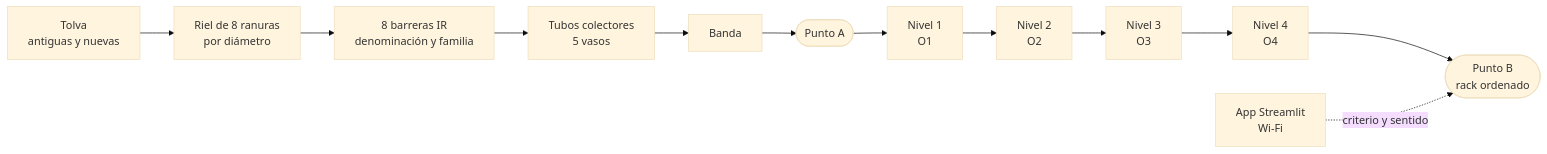
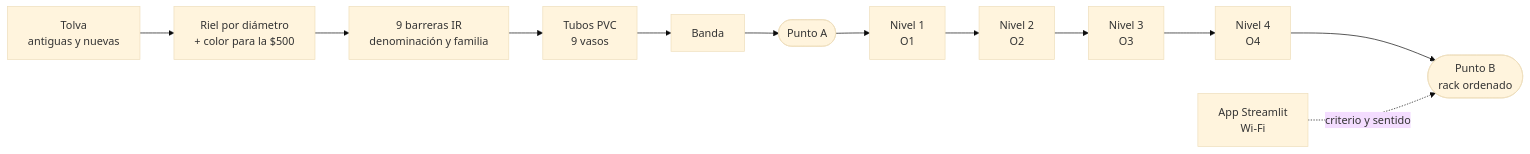
One commit to Johan-C777/coin-sorting-robot-pybullet changed the first of 2 diagrams in README.md. Above: the diagram before and after it, drawn with Mermaid (base theme). The commit also changed other lines of this file and 66 other files, not shown here.

````diff
--- a/README.md
+++ b/README.md
@@ -42,11 +51,11 @@
 ```mermaid
 flowchart LR
-    T["Tolva<br/>antiguas y nuevas"] --> R["Riel de 8 ranuras<br/>por diámetro"]
-    R --> IR["8 barreras IR<br/>denominación y familia"]
-    IR --> C["Tubos colectores<br/>5 vasos"]
+    T["Tolva<br/>antiguas y nuevas"] --> R["Riel por diámetro<br/>+ color para la $500"]
+    R --> IR["9 barreras IR<br/>denominación y familia"]
+    IR --> C["Tubos PVC<br/>9 vasos"]
     C --> B["Banda"]
     B --> A(["Punto A"])
     A --> O1["Nivel 1<br/>O1"] --> O2["Nivel 2<br/>O2"] --> O3["Nivel 3<br/>O3"] --> O4["Nivel 4<br/>O4"]
     O4 --> Bp(["Punto B<br/>rack ordenado"])
     APP["App Streamlit<br/>Wi-Fi"] -. "criterio y sentido" .-> Bp
 ```
````
